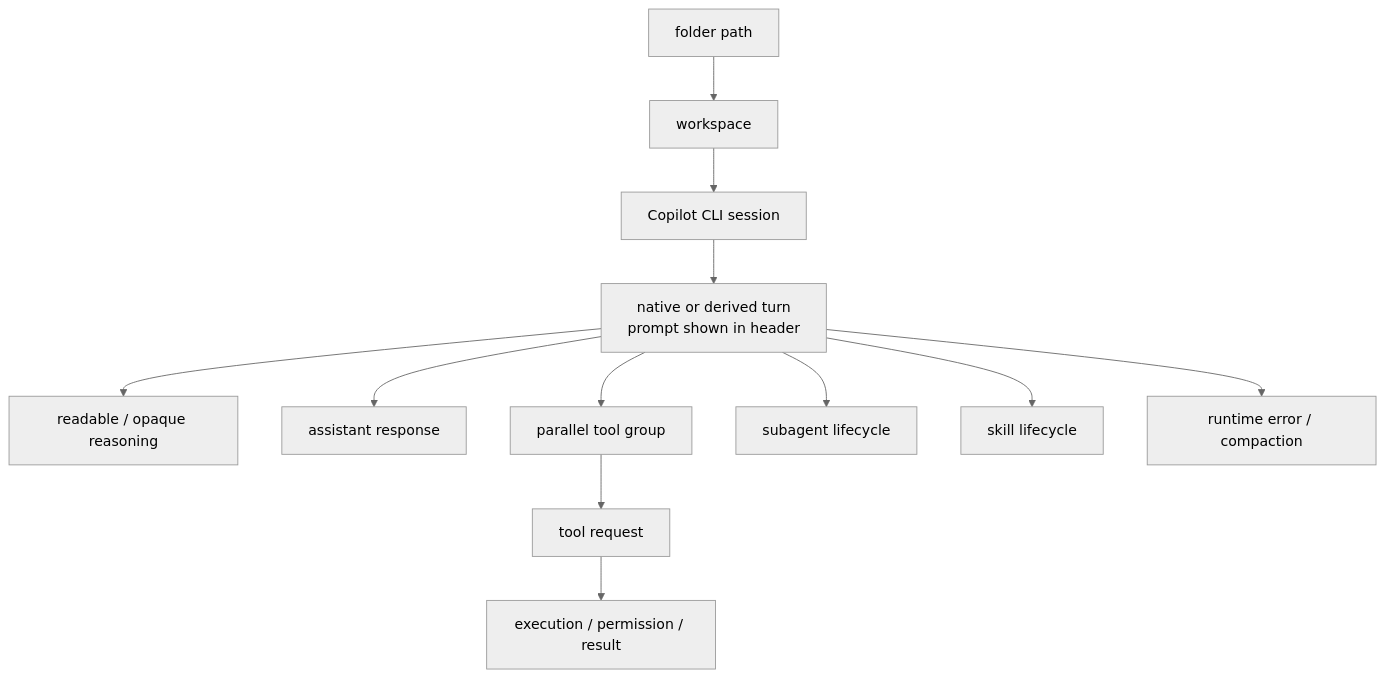
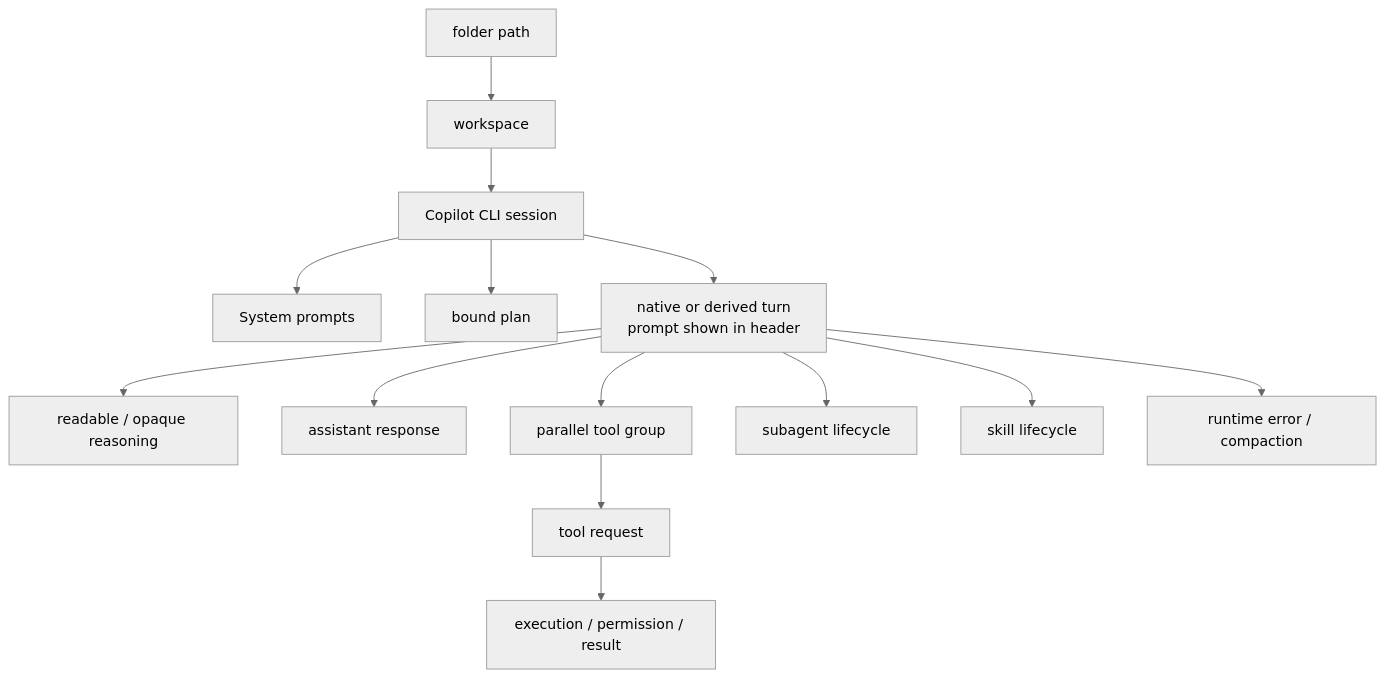
One commit to chrisnas/HarnessSpy changed the fourth of 4 diagrams in docs/session_copilot.md. Above: the diagram before and after it, drawn with Mermaid (neutral theme). The commit also changed other lines of this file and 5 other files, not shown here.

````diff
--- a/docs/session_copilot.md
+++ b/docs/session_copilot.md
@@ -409,14 +422,16 @@
 ```mermaid
 flowchart TD
     Folder["folder path"] --> Workspace["workspace"]
     Workspace --> Session["Copilot CLI session"]
+    Session --> SystemPrompts["System prompts"]
+    Session --> Plan["bound plan"]
     Session --> Turn["native or derived turn<br/>prompt shown in header"]
     Turn --> Reasoning["readable / opaque reasoning"]
     Turn --> Response["assistant response"]
     Turn --> Parallel["parallel tool group"]
     Parallel --> Tool["tool request"]
     Tool --> Execution["execution / permission / result"]
     Turn --> Agent["subagent lifecycle"]
     Turn --> Skill["skill lifecycle"]
     Turn --> Error["runtime error / compaction"]
 ```
````
